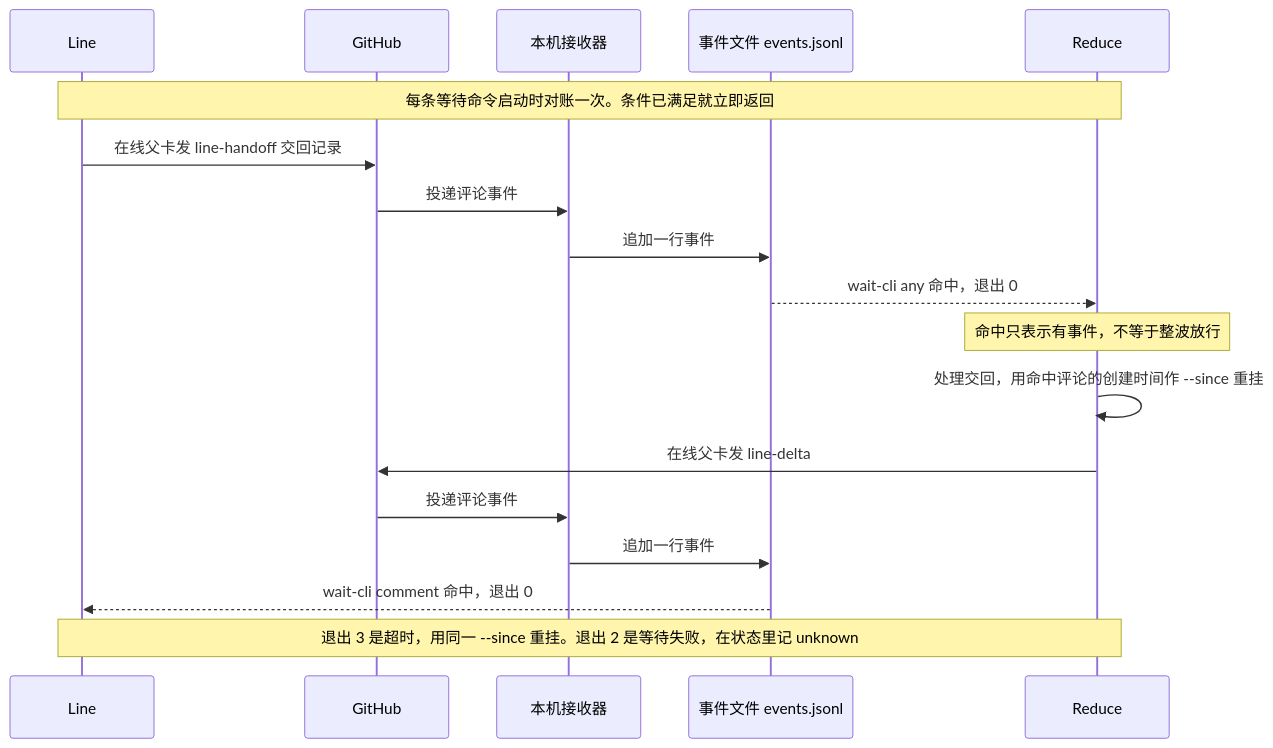
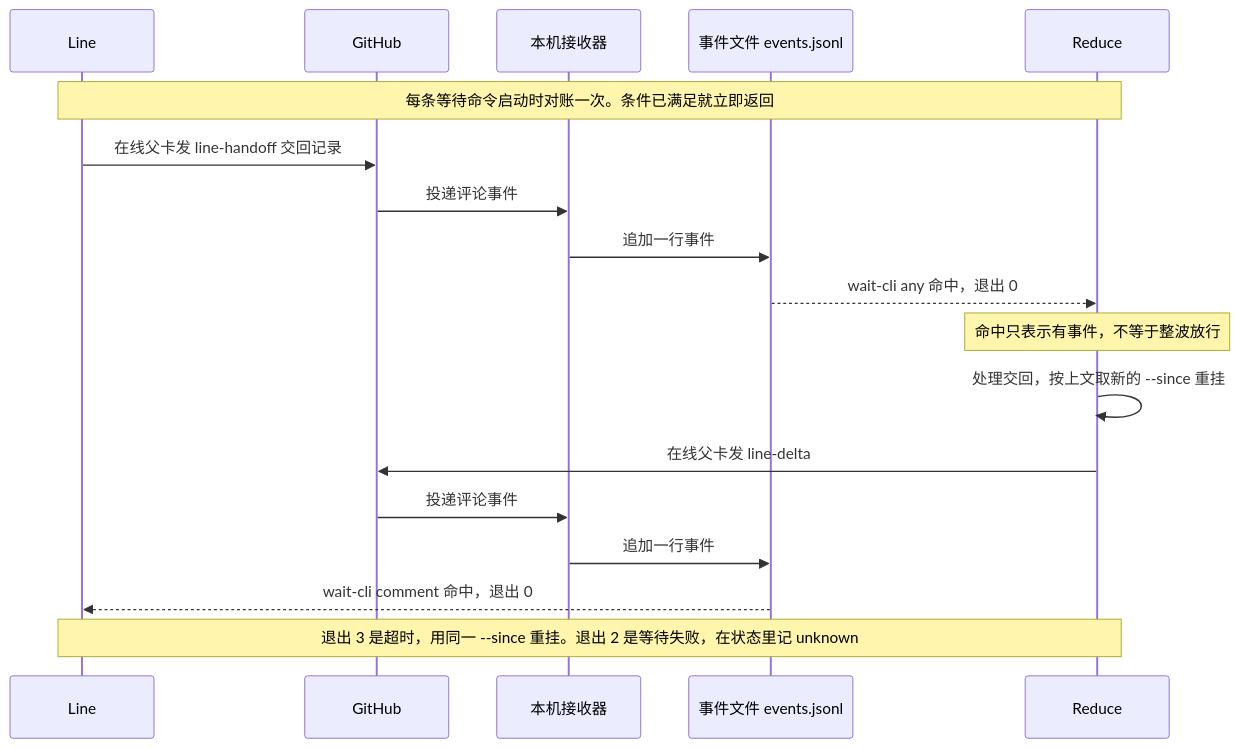
One commit to nemori-ai/omne-harness-lite changed the second of 2 diagrams in docs/engineering/integration.md. Above: the diagram before and after it, drawn with Mermaid. The commit also changed other lines of this file and 9 other files, not shown here.

````diff
--- a/docs/engineering/integration.md
+++ b/docs/engineering/integration.md
@@ -418,20 +425,20 @@
 ```mermaid
 sequenceDiagram
   participant L as Line
   participant G as GitHub
   participant R as 本机接收器
   participant E as 事件文件 events.jsonl
   participant D as Reduce
   Note over L,D: 每条等待命令启动时对账一次。条件已满足就立即返回
   L->>G: 在线父卡发 line-handoff 交回记录
   G->>R: 投递评论事件
   R->>E: 追加一行事件
   E-->>D: wait-cli any 命中，退出 0
   Note over D: 命中只表示有事件，不等于整波放行
-  D->>D: 处理交回，用命中评论的创建时间作 --since 重挂
+  D->>D: 处理交回，按上文取新的 --since 重挂
   D->>G: 在线父卡发 line-delta
   G->>R: 投递评论事件
   R->>E: 追加一行事件
   E-->>L: wait-cli comment 命中，退出 0
   Note over L,D: 退出 3 是超时，用同一 --since 重挂。退出 2 是等待失败，在状态里记 unknown
 ```
````
